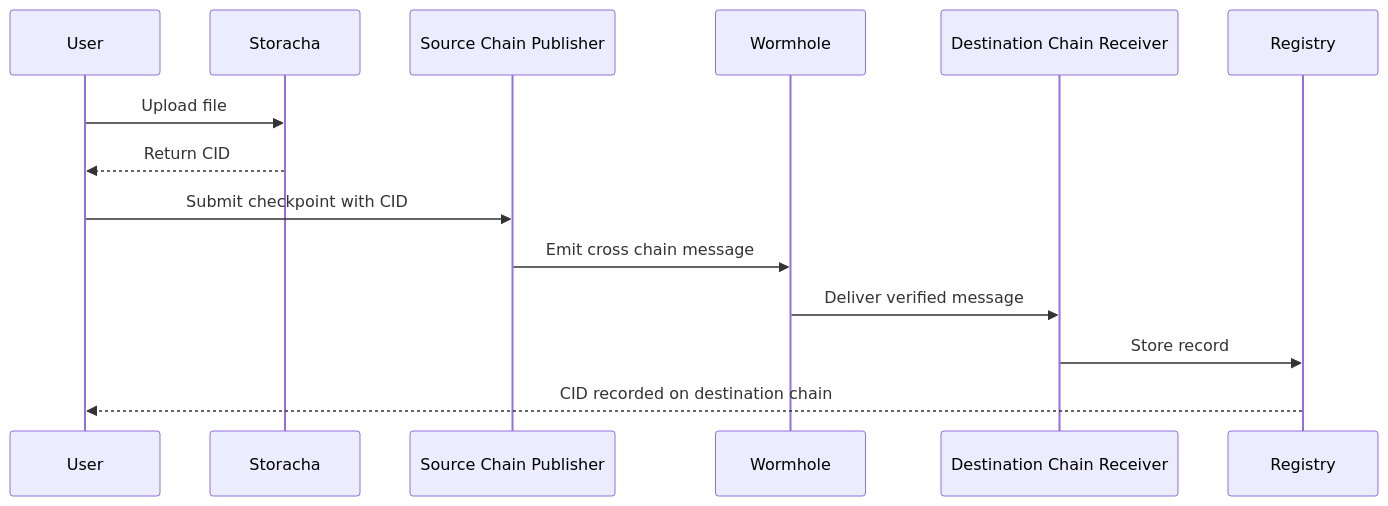
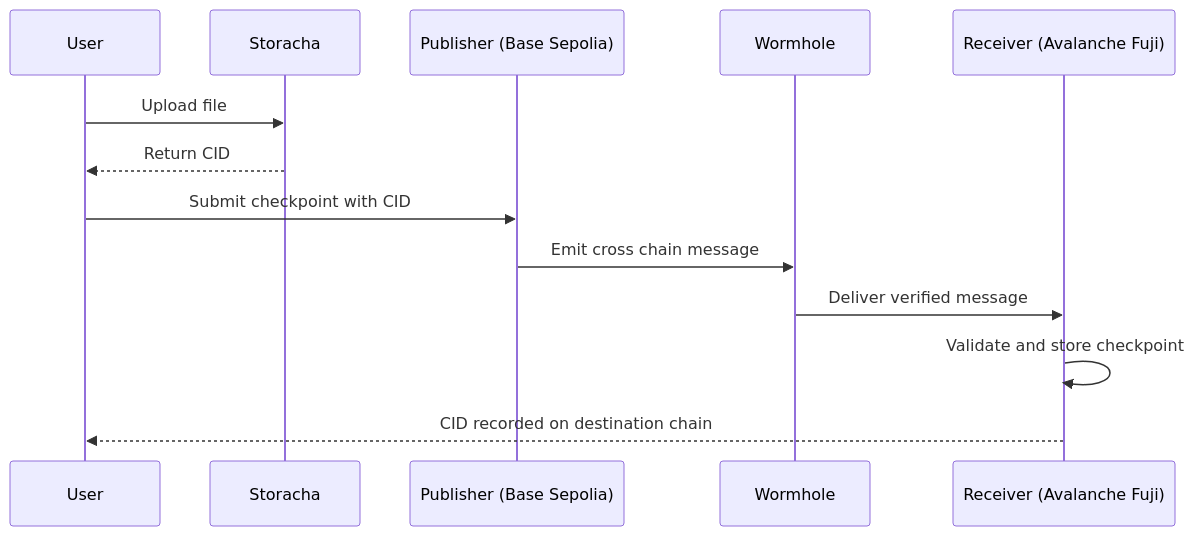
The diagram in README.md (Fatumayattani/storacha-multichain-checkpointer), drawn with Mermaid before and after one commit. The commit also changed other lines of this file and 1 other file, not shown here.

Commit message:
docs: improve documentation accuracy and flow

````diff
--- a/README.md
+++ b/README.md
@@ -29,18 +29,17 @@
 ```mermaid
 sequenceDiagram
     participant User
     participant Storacha
-    participant SourceChain as Source Chain Publisher
+    participant Publisher as Publisher (Base Sepolia)
     participant Wormhole
-    participant DestinationChain as Destination Chain Receiver
-    participant Registry
+    participant Receiver as Receiver (Avalanche Fuji)
 
     User->>Storacha: Upload file
     Storacha-->>User: Return CID
 
-    User->>SourceChain: Submit checkpoint with CID
-    SourceChain->>Wormhole: Emit cross chain message
-    Wormhole->>DestinationChain: Deliver verified message
-    DestinationChain->>Registry: Store record
-    Registry-->>User: CID recorded on destination chain
+    User->>Publisher: Submit checkpoint with CID
+    Publisher->>Wormhole: Emit cross chain message
+    Wormhole->>Receiver: Deliver verified message
+    Receiver->>Receiver: Validate and store checkpoint
+    Receiver-->>User: CID recorded on destination chain
 ```
````
